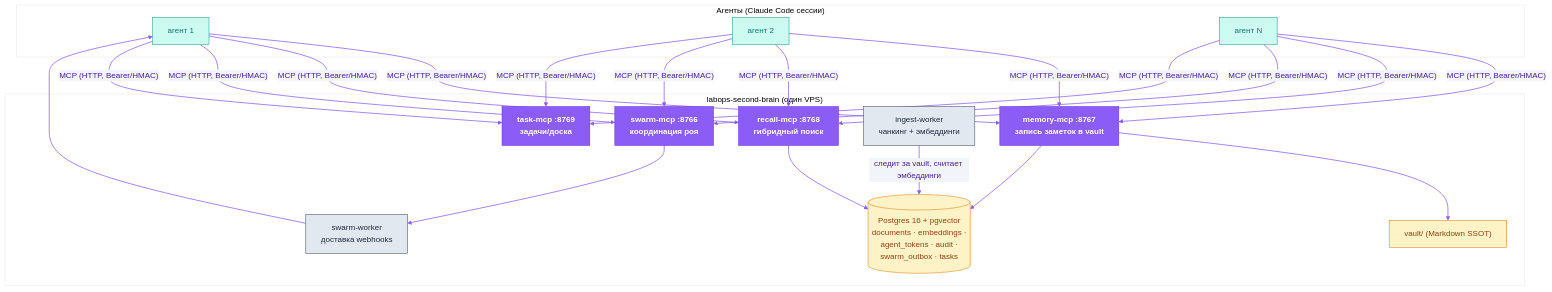
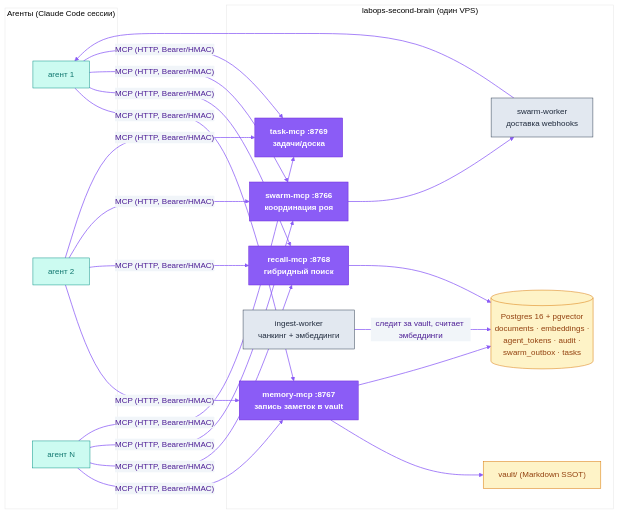
Before and after one commit to dediukhinpa/labops-second-brain: the second of 2 diagrams in README.ru.md, drawn with Mermaid. The commit also changed other lines of this file and 4 other files, not shown here.

````diff
--- a/README.ru.md
+++ b/README.ru.md
@@ -134,34 +134,34 @@
 ```mermaid
 %%{init: {'theme':'base','themeVariables':{'primaryColor':'#EDE9FE','primaryTextColor':'#4C1D95','primaryBorderColor':'#8B5CF6','lineColor':'#8B5CF6','secondaryColor':'#F1F5F9','tertiaryColor':'#ffffff','fontFamily':'Helvetica,Arial,sans-serif'}}}%%
-flowchart TB
+flowchart LR
     subgraph agents["Агенты (Claude Code сессии)"]
         A1["агент 1"]; A2["агент 2"]; A3["агент N"]
     end
 
     subgraph brain["labops-second-brain (один VPS)"]
         MEM["memory-mcp :8767<br/>запись заметок в vault"]
         REC["recall-mcp :8768<br/>гибридный поиск"]
         SW["swarm-mcp :8766<br/>координация роя"]
         TASK["task-mcp :8769<br/>задачи/доска"]
         IW["ingest-worker<br/>чанкинг + эмбеддинги"]
         SWW["swarm-worker<br/>доставка webhooks"]
         PG[("Postgres 16 + pgvector<br/>documents · embeddings ·<br/>agent_tokens · audit ·<br/>swarm_outbox · tasks")]
         VAULT["vault/ (Markdown SSOT)"]
     end
 
     A1 & A2 & A3 -- "MCP (HTTP, Bearer/HMAC)" --> MEM & REC & SW & TASK
     MEM --> VAULT
     MEM --> PG
     IW -- "следит за vault, считает эмбеддинги" --> PG
     REC --> PG
     SW --> SWW --> A1
     classDef brand fill:#8B5CF6,stroke:#6D28D9,color:#ffffff,font-weight:bold
     classDef ext fill:#CCFBF1,stroke:#0D9488,color:#0F766E
     classDef store fill:#FEF3C7,stroke:#D97706,color:#92400E
     classDef sys fill:#E2E8F0,stroke:#334155,color:#1E293B
     linkStyle default stroke:#8B5CF6,stroke-width:1.5px
     class MEM,REC,SW,TASK brand
     class A1,A2,A3 ext
     class PG,VAULT store
     class IW,SWW sys
 ```
````
